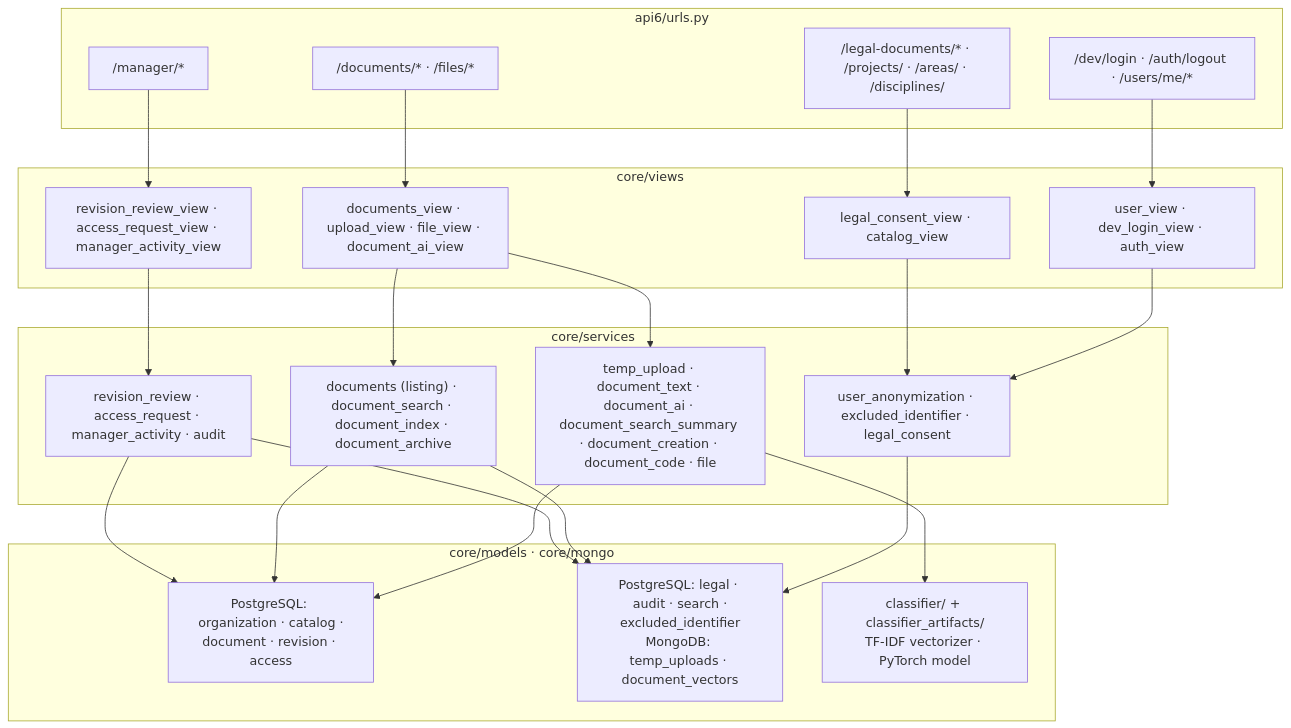
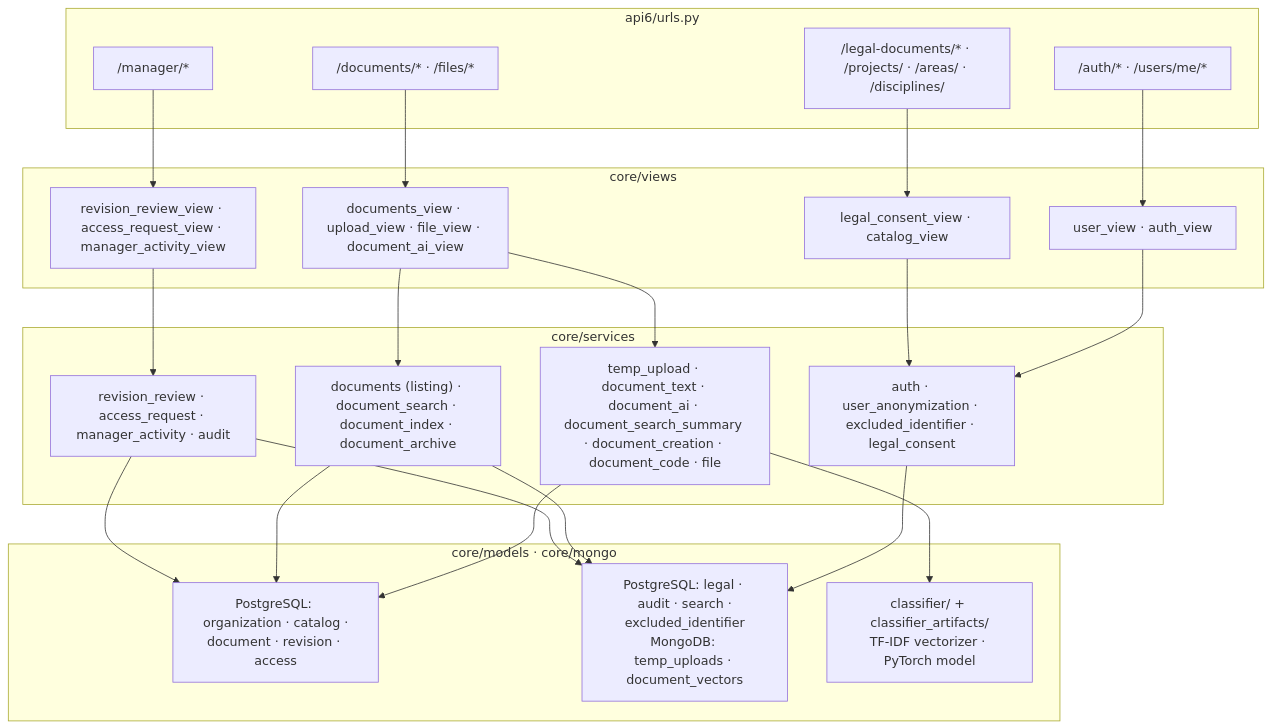
The fifth of 5 diagrams in docs/architecture/README.md (Pragma-Co/backend-indice), drawn with Mermaid before and after one commit. The commit also changed other lines of this file and 3 other files, not shown here.

First line of the commit message:
docs(#104): document the authentication flow

````diff
--- a/docs/architecture/README.md
+++ b/docs/architecture/README.md
@@ -255,38 +268,38 @@
 ```mermaid
 flowchart TB
     subgraph Routes["api6/urls.py"]
-        R1["/dev/login · /auth/logout · /users/me/*"]
+        R1["/auth/* · /users/me/*"]
         R2["/documents/* · /files/*"]
         R3["/manager/*"]
         R4["/legal-documents/* · /projects/ · /areas/ · /disciplines/"]
     end
     subgraph ViewsLayer["core/views"]
-        V1["user_view · dev_login_view · auth_view"]
+        V1["user_view · auth_view"]
         V2["documents_view · upload_view · file_view · document_ai_view"]
         V3["revision_review_view · access_request_view · manager_activity_view"]
         V4["legal_consent_view · catalog_view"]
     end
     subgraph ServicesLayer["core/services"]
-        S1["user_anonymization · excluded_identifier · legal_consent"]
+        S1["auth · user_anonymization · excluded_identifier · legal_consent"]
         S2["temp_upload · document_text · document_ai · document_search_summary · document_creation · document_code · file"]
         S3["documents (listing) · document_search · document_index · document_archive"]
         S4["revision_review · access_request · manager_activity · audit"]
     end
     subgraph ModelsLayer["core/models · core/mongo"]
         M1["PostgreSQL: organization · catalog ·<br/>document · revision · access"]
         M2["PostgreSQL: legal · audit · search ·<br/>excluded_identifier<br/>MongoDB: temp_uploads · document_vectors"]
         ML["classifier/ + classifier_artifacts/<br/>TF-IDF vectorizer · PyTorch model"]
     end
     R1 --> V1 --> S1
     R2 --> V2 --> S2
     R3 --> V3 --> S4
     R4 --> V4 --> S1
     V2 --> S3
     S1 --> M2
     S2 --> M1
     S2 --> ML
     S3 --> M1
     S3 --> M2
     S4 --> M1
     S4 --> M2
 ```
````
